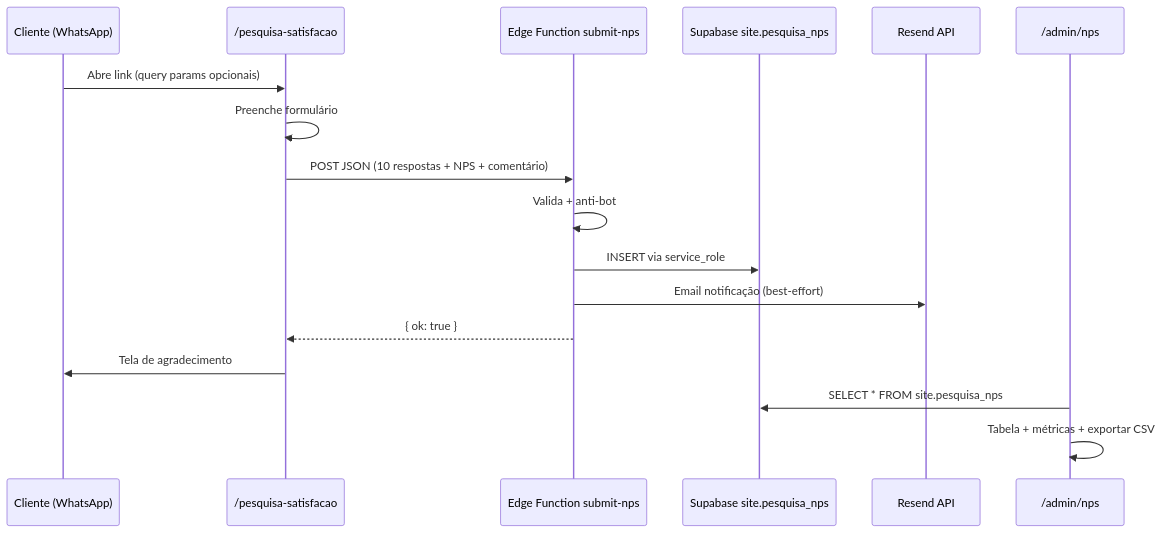
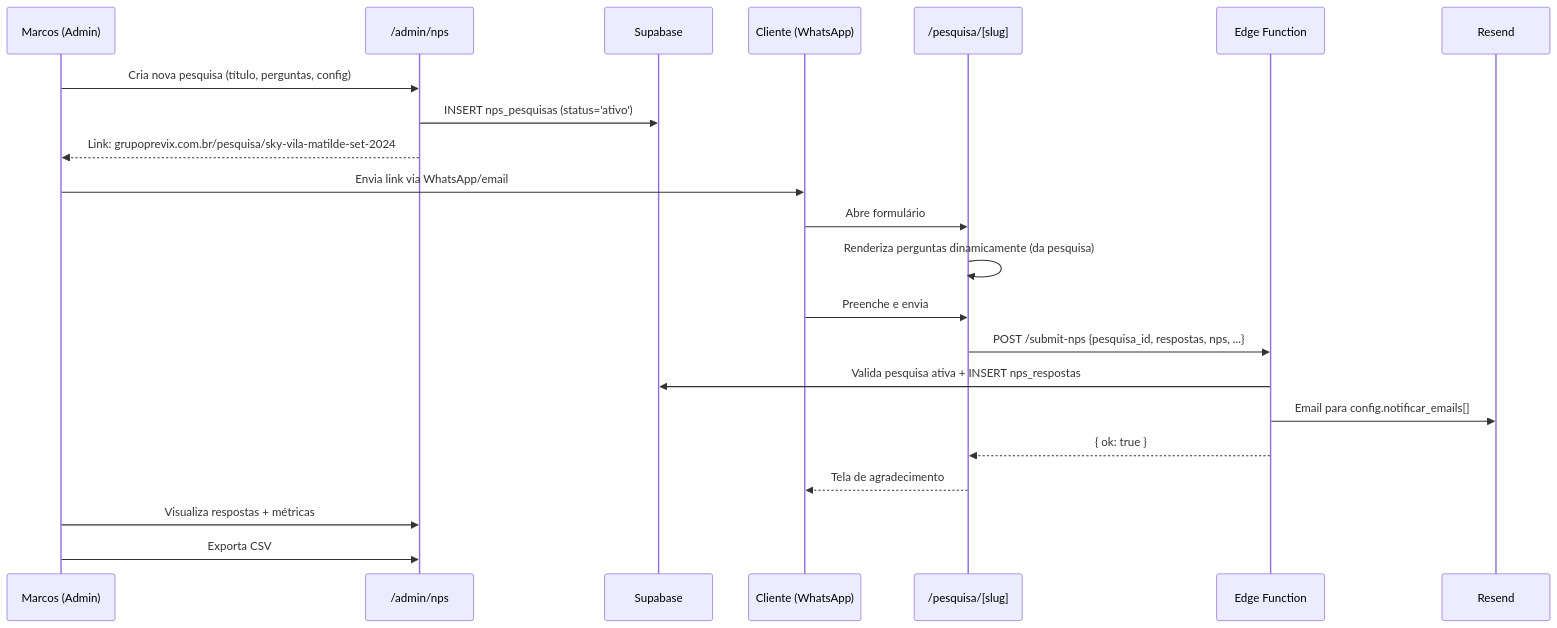
The diagram in Clientes/PREVIX/Site/Projeto/Stories/STORY-034 — Pesquisa NPS (Satisfação do Cliente).md (Trivia-Growth/Trivia-Obsidian), drawn with Mermaid before and after one commit. The commit also changed other lines of this file, not shown here.

````diff
--- a/Clientes/PREVIX/Site/Projeto/Stories/STORY-034 — Pesquisa NPS (Satisfação do Cliente).md
+++ b/Clientes/PREVIX/Site/Projeto/Stories/STORY-034 — Pesquisa NPS (Satisfação do Cliente).md
@@ -246,20 +103,27 @@
 ```mermaid
 sequenceDiagram
+    participant M as Marcos (Admin)
+    participant A as /admin/nps
+    participant DB as Supabase
     participant C as Cliente (WhatsApp)
-    participant P as /pesquisa-satisfacao
-    participant EF as Edge Function submit-nps
-    participant DB as Supabase site.pesquisa_nps
-    participant R as Resend API
-    participant A as /admin/nps
+    participant P as /pesquisa/[slug]
+    participant EF as Edge Function
+    participant R as Resend
 
-    C->>P: Abre link (query params opcionais)
-    P->>P: Preenche formulário
-    P->>EF: POST JSON (10 respostas + NPS + comentário)
-    EF->>EF: Valida + anti-bot
-    EF->>DB: INSERT via service_role
-    EF->>R: Email notificação (best-effort)
+    M->>A: Cria nova pesquisa (título, perguntas, config)
+    A->>DB: INSERT nps_pesquisas (status='ativo')
+    A-->>M: Link: grupoprevix.com.br/pesquisa/sky-vila-matilde-set-2024
+
+    M->>C: Envia link via WhatsApp/email
+    C->>P: Abre formulário
+    P->>P: Renderiza perguntas dinamicamente (da pesquisa)
+    C->>P: Preenche e envia
+    P->>EF: POST /submit-nps {pesquisa_id, respostas, nps, ...}
+    EF->>DB: Valida pesquisa ativa + INSERT nps_respostas
+    EF->>R: Email para config.notificar_emails[]
     EF-->>P: { ok: true }
-    P->>C: Tela de agradecimento
-    A->>DB: SELECT * FROM site.pesquisa_nps
-    A->>A: Tabela + métricas + exportar CSV
+    P-->>C: Tela de agradecimento
+
+    M->>A: Visualiza respostas + métricas
+    M->>A: Exporta CSV
 ```
````
